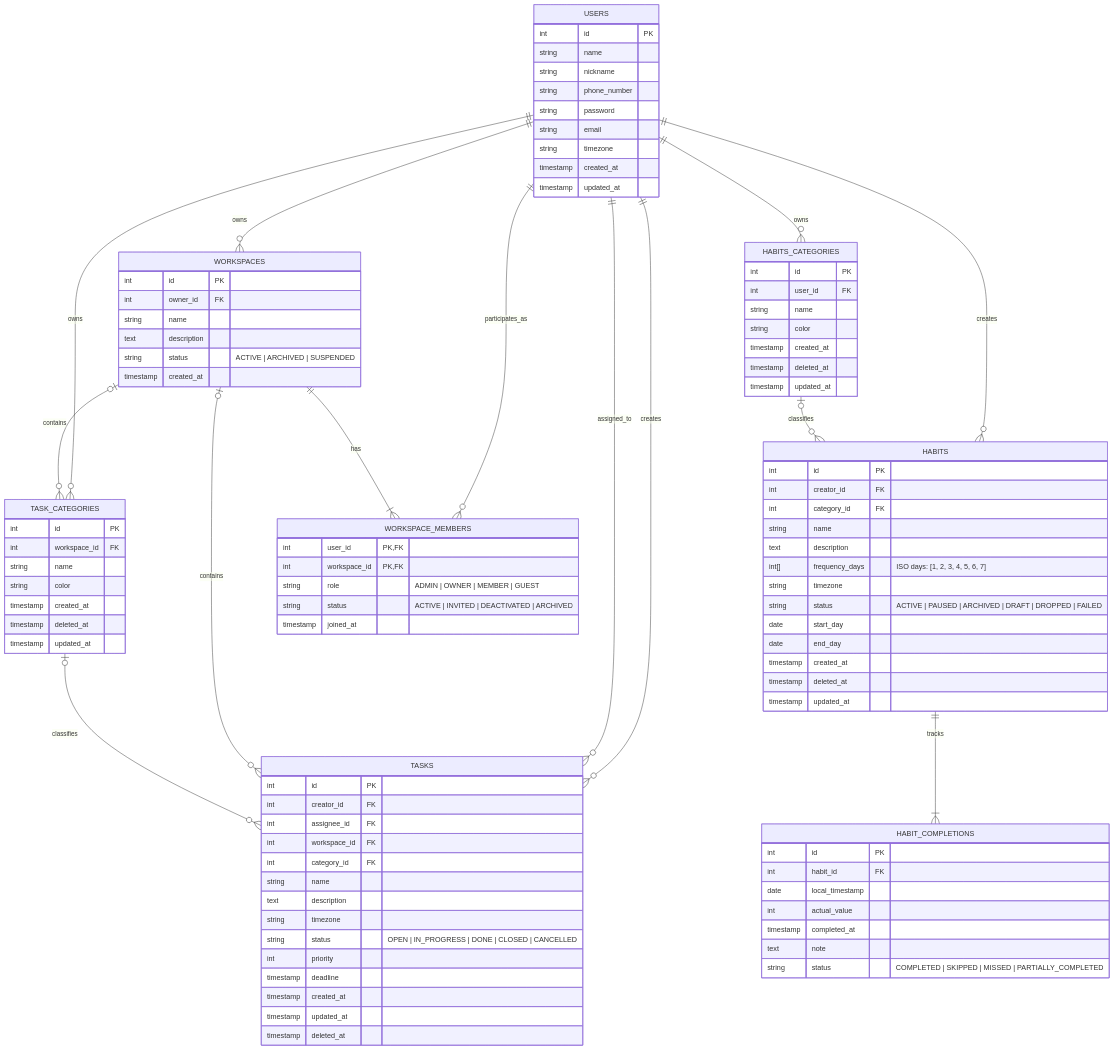
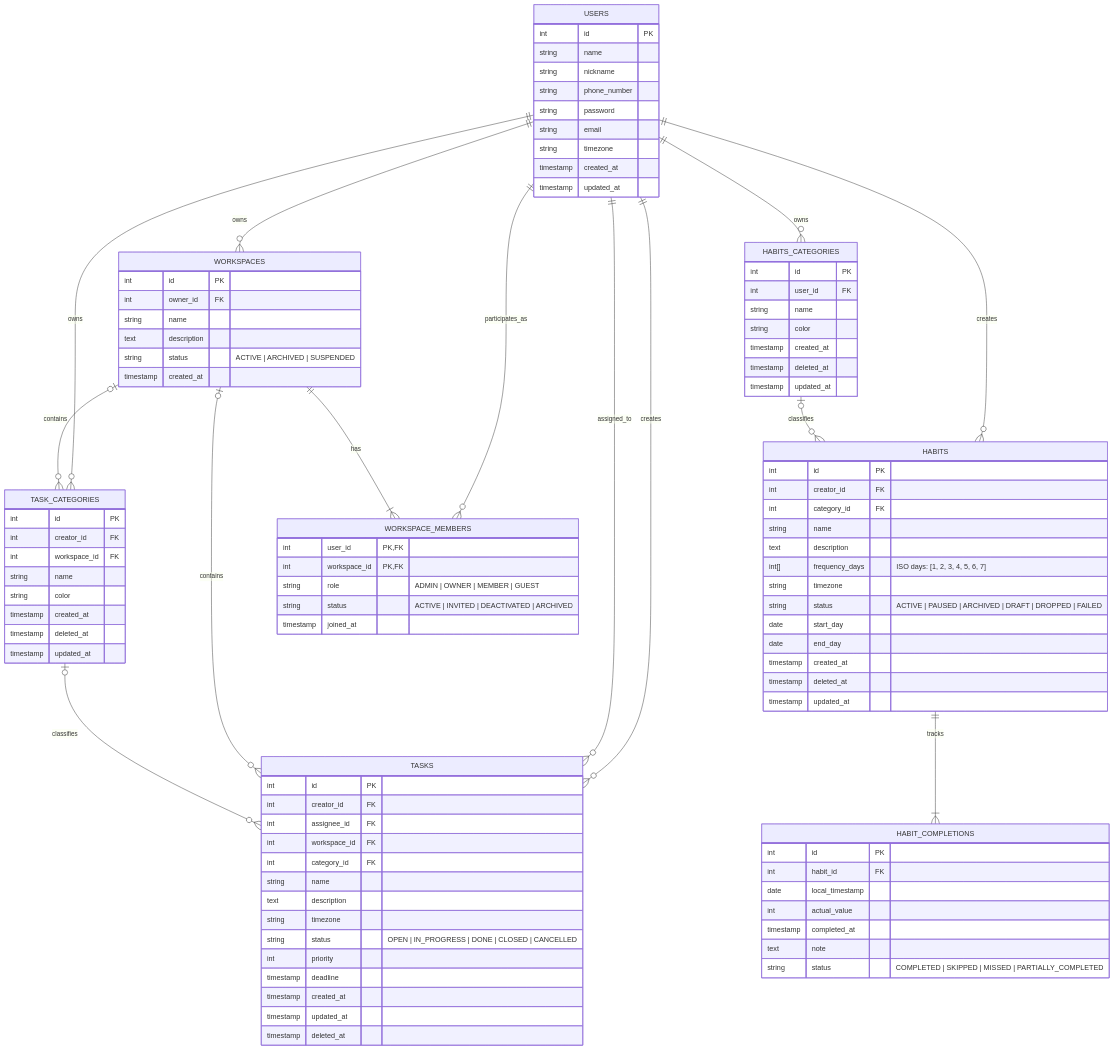
One commit to ZheniaTrochun/db-intro-course changed the diagram in labs/1 - ER Diagram/diagramm.mmd. Above: the diagram before and after it, drawn with Mermaid. The commit also changed 1 other file, not shown here.

```diff
--- a/labs/1 - ER Diagram/diagramm.mmd
+++ b/labs/1 - ER Diagram/diagramm.mmd
@@ -1,108 +1,109 @@
 erDiagram
   USERS ||--o{ HABITS : "creates"
   USERS ||--o{ TASKS : "creates"
   USERS ||--o{ TASKS : "assigned_to"
   USERS ||--o{ WORKSPACES : "owns"
   USERS ||--o{ TASK_CATEGORIES : "owns"
   USERS ||--o{ HABITS_CATEGORIES : "owns"
   USERS ||--o{ WORKSPACE_MEMBERS : "participates_as"
 
   WORKSPACES ||--|{ WORKSPACE_MEMBERS : "has"
   WORKSPACES |o--o{ TASKS : "contains"
   WORKSPACES |o--o{ TASK_CATEGORIES : "contains"
 
   HABITS ||--|{ HABIT_COMPLETIONS : "tracks"
   TASK_CATEGORIES |o--o{ TASKS : "classifies"
   HABITS_CATEGORIES |o--o{ HABITS : "classifies"
 
   USERS {
     int id PK
     string name 
     string nickname
     string phone_number
     string password 
     string email 
     string timezone
     timestamp created_at
     timestamp updated_at
   }
 
   HABITS {
     int id PK
     int creator_id FK
     int category_id FK
     string name 
     text description
     int[] frequency_days "ISO days: [1, 2, 3, 4, 5, 6, 7]"
     string timezone
     string status "ACTIVE | PAUSED | ARCHIVED | DRAFT | DROPPED | FAILED"
     date start_day 
     date end_day 
     timestamp created_at
     timestamp deleted_at
     timestamp updated_at
   }
 
   HABIT_COMPLETIONS {
     int id PK
     int habit_id FK
     date local_timestamp
     int actual_value
     timestamp completed_at
     text note 
     string status "COMPLETED | SKIPPED | MISSED | PARTIALLY_COMPLETED"
   }
 
   TASKS {
     int id PK
     int creator_id FK
     int assignee_id FK
     int workspace_id FK
     int category_id FK
     string name
     text description
     string timezone
     string status "OPEN | IN_PROGRESS | DONE | CLOSED | CANCELLED"
     int priority
     timestamp deadline 
     timestamp created_at
     timestamp updated_at
     timestamp deleted_at 
   }
 
   TASK_CATEGORIES {
     int id PK
+    int creator_id FK 
     int workspace_id FK
     string name
     string color
     timestamp created_at
     timestamp deleted_at
     timestamp updated_at
   }
 
   HABITS_CATEGORIES {
     int id PK
     int user_id FK
     string name
     string color
     timestamp created_at
     timestamp deleted_at
     timestamp updated_at
   }
 
   WORKSPACES {
     int id PK
     int owner_id FK
     string name 
     text description 
     string status "ACTIVE | ARCHIVED | SUSPENDED"
     timestamp created_at
   }
 
   WORKSPACE_MEMBERS {
     int user_id PK,FK
     int workspace_id PK,FK
     string role "ADMIN | OWNER | MEMBER | GUEST"
     string status "ACTIVE | INVITED | DEACTIVATED | ARCHIVED"
     timestamp joined_at
   }
```
